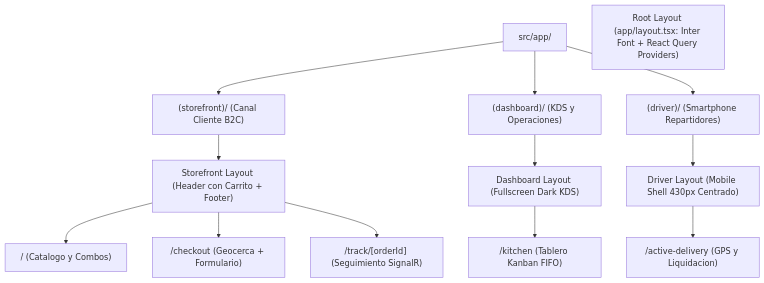
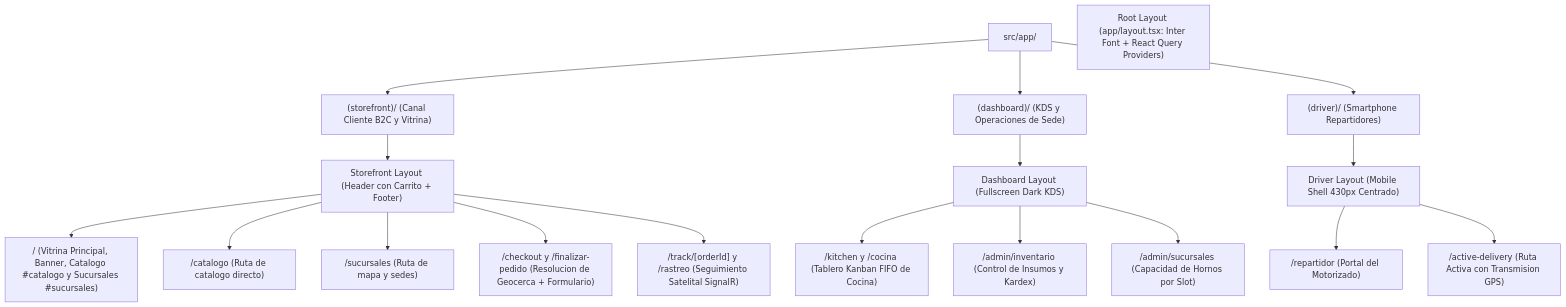
One commit to JorgeDoicela/delivery-platform changed the diagram in docs/04-frontend-web/01-estructura-route-groups.md. Above: the diagram before and after it, drawn with Mermaid. The commit also changed other lines of this file and 44 other files, not shown here.

````diff
--- a/docs/04-frontend-web/01-estructura-route-groups.md
+++ b/docs/04-frontend-web/01-estructura-route-groups.md
@@ -8,20 +10,25 @@
 ```mermaid
 flowchart TD
     App["src/app/"]
     RootLayout["Root Layout (app/layout.tsx: Inter Font + React Query Providers)"]
 
-    App --> Storefront["(storefront)/ (Canal Cliente B2C)"]
-    App --> Dashboard["(dashboard)/ (KDS y Operaciones)"]
+    App --> Storefront["(storefront)/ (Canal Cliente B2C y Vitrina)"]
+    App --> Dashboard["(dashboard)/ (KDS y Operaciones de Sede)"]
     App --> Driver["(driver)/ (Smartphone Repartidores)"]
 
     Storefront --> StoreLayout["Storefront Layout (Header con Carrito + Footer)"]
-    StoreLayout --> Home["/ (Catalogo y Combos)"]
-    StoreLayout --> Checkout["/checkout (Geocerca + Formulario)"]
-    StoreLayout --> Track["/track/[orderId] (Seguimiento SignalR)"]
+    StoreLayout --> Home["/ (Vitrina Principal, Banner, Catalogo #catalogo y Sucursales #sucursales)"]
+    StoreLayout --> CatalogoRoute["/catalogo (Ruta de catalogo directo)"]
+    StoreLayout --> SucursalesRoute["/sucursales (Ruta de mapa y sedes)"]
+    StoreLayout --> CheckoutRoute["/checkout y /finalizar-pedido (Resolucion de Geocerca + Formulario)"]
+    StoreLayout --> TrackRoute["/track/[orderId] y /rastreo (Seguimiento Satelital SignalR)"]
 
     Dashboard --> DashLayout["Dashboard Layout (Fullscreen Dark KDS)"]
-    DashLayout --> Kitchen["/kitchen (Tablero Kanban FIFO)"]
+    DashLayout --> Kitchen["/kitchen y /cocina (Tablero Kanban FIFO de Cocina)"]
+    DashLayout --> AdminInventario["/admin/inventario (Control de Insumos y Kardex)"]
+    DashLayout --> AdminSucursales["/admin/sucursales (Capacidad de Hornos por Slot)"]
 
     Driver --> DriverLayout["Driver Layout (Mobile Shell 430px Centrado)"]
-    DriverLayout --> ActiveDelivery["/active-delivery (GPS y Liquidacion)"]
+    DriverLayout --> RepartidorPortal["/repartidor (Portal del Motorizado)"]
+    DriverLayout --> ActiveDelivery["/active-delivery (Ruta Activa con Transmision GPS)"]
 ```
````
